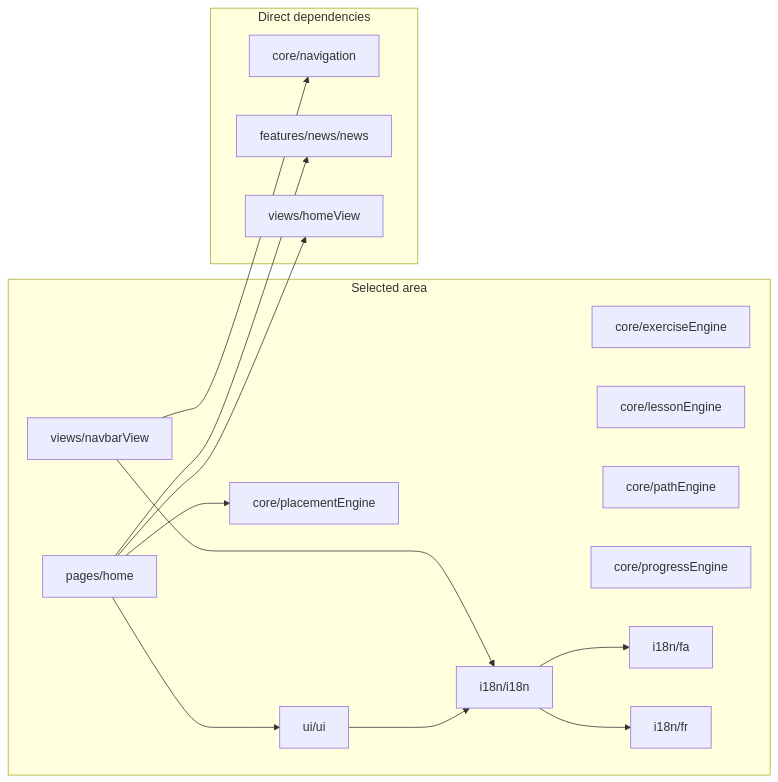
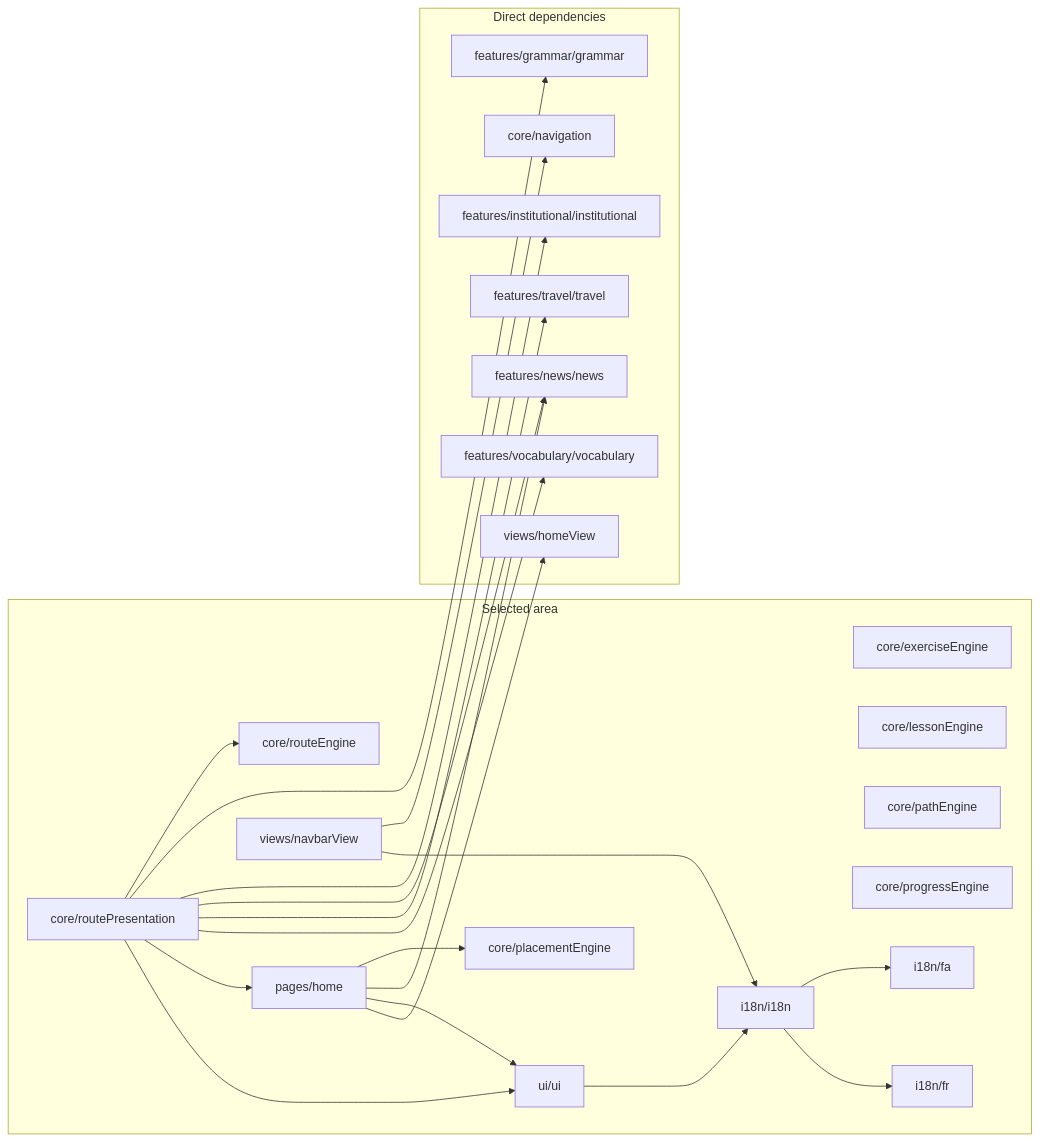
Before and after one commit to temsahak-rgb/Dino-5monde: diagram 12 of 12 in docs/dependency-graph.md, drawn with Mermaid. The commit also changed other lines of this file, not shown here.

Commit message:
docs: update dependency graph [skip ci]

````diff
--- a/docs/dependency-graph.md
+++ b/docs/dependency-graph.md
@@ -365,30 +373,44 @@
 ```mermaid
 flowchart LR
     subgraph S["Selected area"]
         M0["core/exerciseEngine"]
         M1["core/lessonEngine"]
         M2["core/pathEngine"]
         M3["core/placementEngine"]
         M4["core/progressEngine"]
-        M5["i18n/fa"]
-        M6["i18n/fr"]
-        M7["i18n/i18n"]
-        M8["pages/home"]
-        M9["ui/ui"]
-        M10["views/navbarView"]
+        M5["core/routeEngine"]
+        M6["core/routePresentation"]
+        M7["i18n/fa"]
+        M8["i18n/fr"]
+        M9["i18n/i18n"]
+        M10["pages/home"]
+        M11["ui/ui"]
+        M12["views/navbarView"]
     end
     subgraph D["Direct dependencies"]
-        M11["core/navigation"]
-        M12["features/news/news"]
-        M13["views/homeView"]
+        M13["core/navigation"]
+        M14["features/grammar/grammar"]
+        M15["features/institutional/institutional"]
+        M16["features/news/news"]
+        M17["features/travel/travel"]
+        M18["features/vocabulary/vocabulary"]
+        M19["views/homeView"]
     end
-    M7 --> M5
-    M7 --> M6
-    M8 --> M3
-    M8 --> M12
-    M8 --> M9
-    M8 --> M13
+    M6 --> M5
+    M6 --> M14
+    M6 --> M15
+    M6 --> M16
+    M6 --> M17
+    M6 --> M18
+    M6 --> M10
+    M6 --> M11
     M9 --> M7
+    M9 --> M8
+    M10 --> M3
+    M10 --> M16
     M10 --> M11
-    M10 --> M7
+    M10 --> M19
+    M11 --> M9
+    M12 --> M13
+    M12 --> M9
 ```
````
